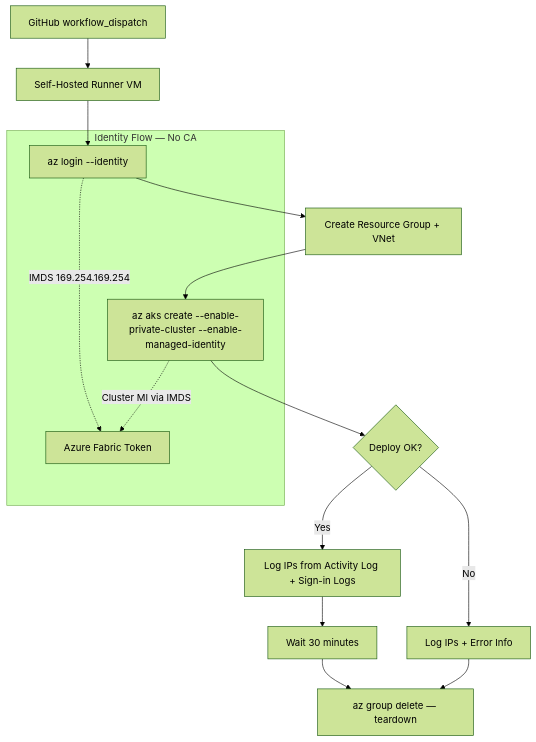
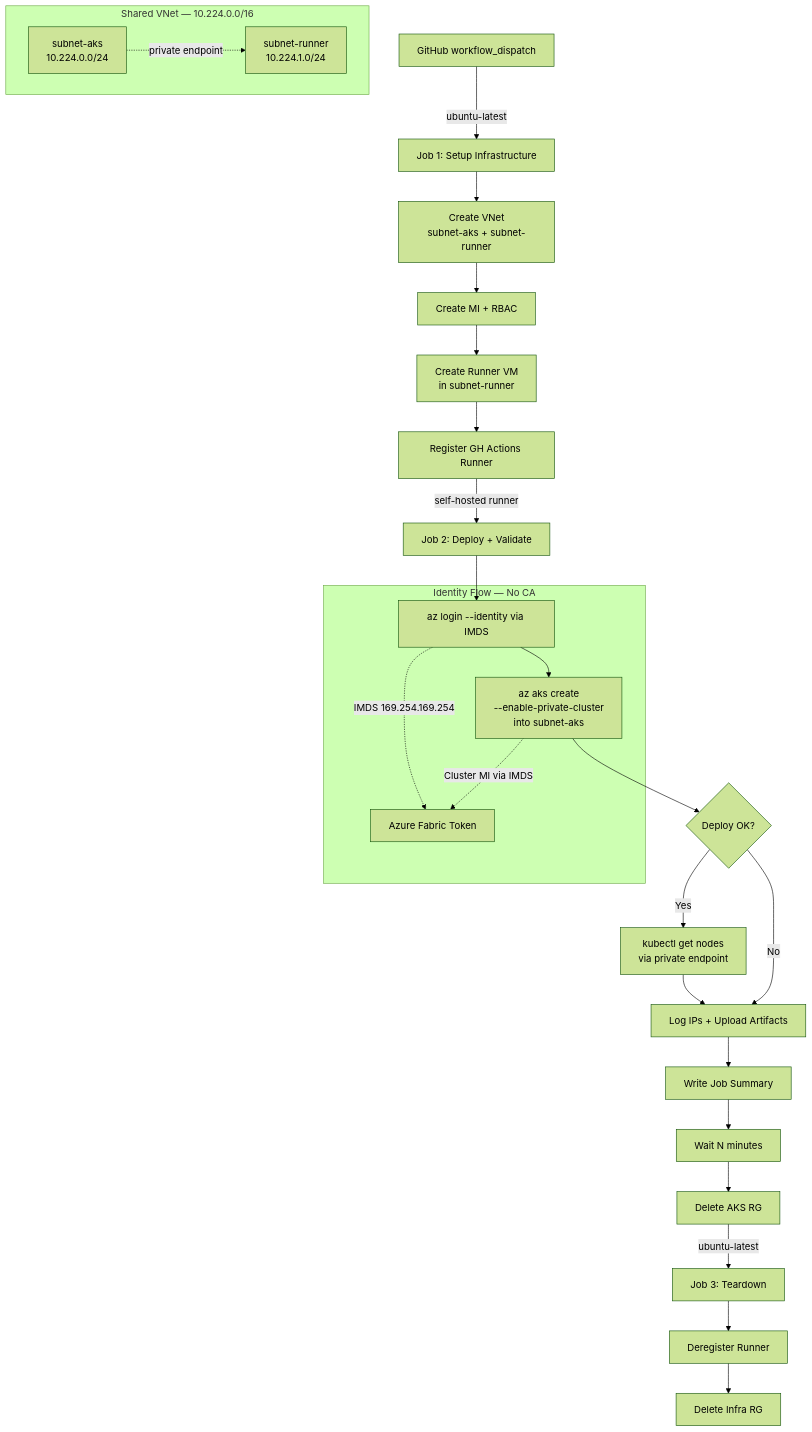
One commit to devopsabcs-engineering/aks-private-deployment changed the diagram in README.md. Above: the diagram before and after it, drawn with Mermaid (forest theme). The commit also changed other lines of this file and 1 other file, not shown here.

Commit message:
feat: Update deployment workflow and README for improved infrastructure management and validation

````diff
--- a/README.md
+++ b/README.md
@@ -33,18 +35,34 @@
 ```mermaid
 graph TD
-    A[GitHub workflow_dispatch] --> B[Self-Hosted Runner VM]
-    B --> C[az login --identity]
-    C --> D[Create Resource Group + VNet]
-    D --> E[az aks create --enable-private-cluster --enable-managed-identity]
-    E --> F{Deploy OK?}
-    F -->|Yes| G[Log IPs from Activity Log + Sign-in Logs]
-    G --> H[Wait 30 minutes]
-    H --> I[az group delete — teardown]
-    F -->|No| J[Log IPs + Error Info]
-    J --> I
+    A[GitHub workflow_dispatch] -->|ubuntu-latest| B["Job 1: Setup Infrastructure"]
+    B --> B1[Create VNet<br/>subnet-aks + subnet-runner]
+    B1 --> B2[Create MI + RBAC]
+    B2 --> B3[Create Runner VM<br/>in subnet-runner]
+    B3 --> B4[Register GH Actions Runner]
+
+    B4 -->|self-hosted runner| C["Job 2: Deploy + Validate"]
+    C --> C1[az login --identity via IMDS]
+    C1 --> C2[az aks create<br/>--enable-private-cluster<br/>into subnet-aks]
+    C2 --> C3{Deploy OK?}
+    C3 -->|Yes| C4[kubectl get nodes<br/>via private endpoint]
+    C4 --> C5[Log IPs + Upload Artifacts]
+    C5 --> C6[Write Job Summary]
+    C6 --> C7[Wait N minutes]
+    C7 --> C8[Delete AKS RG]
+    C3 -->|No| C5
+
+    C8 -->|ubuntu-latest| D["Job 3: Teardown"]
+    D --> D1[Deregister Runner]
+    D1 --> D2[Delete Infra RG]
+
+    subgraph "Shared VNet — 10.224.0.0/16"
+        S1[subnet-aks<br/>10.224.0.0/24]
+        S2[subnet-runner<br/>10.224.1.0/24]
+        S1 -.->|private endpoint| S2
+    end
 
     subgraph "Identity Flow — No CA"
-        C -.->|IMDS 169.254.169.254| K[Azure Fabric Token]
-        E -.->|Cluster MI via IMDS| K
+        C1 -.->|IMDS 169.254.169.254| K[Azure Fabric Token]
+        C2 -.->|Cluster MI via IMDS| K
     end
 ```
````
